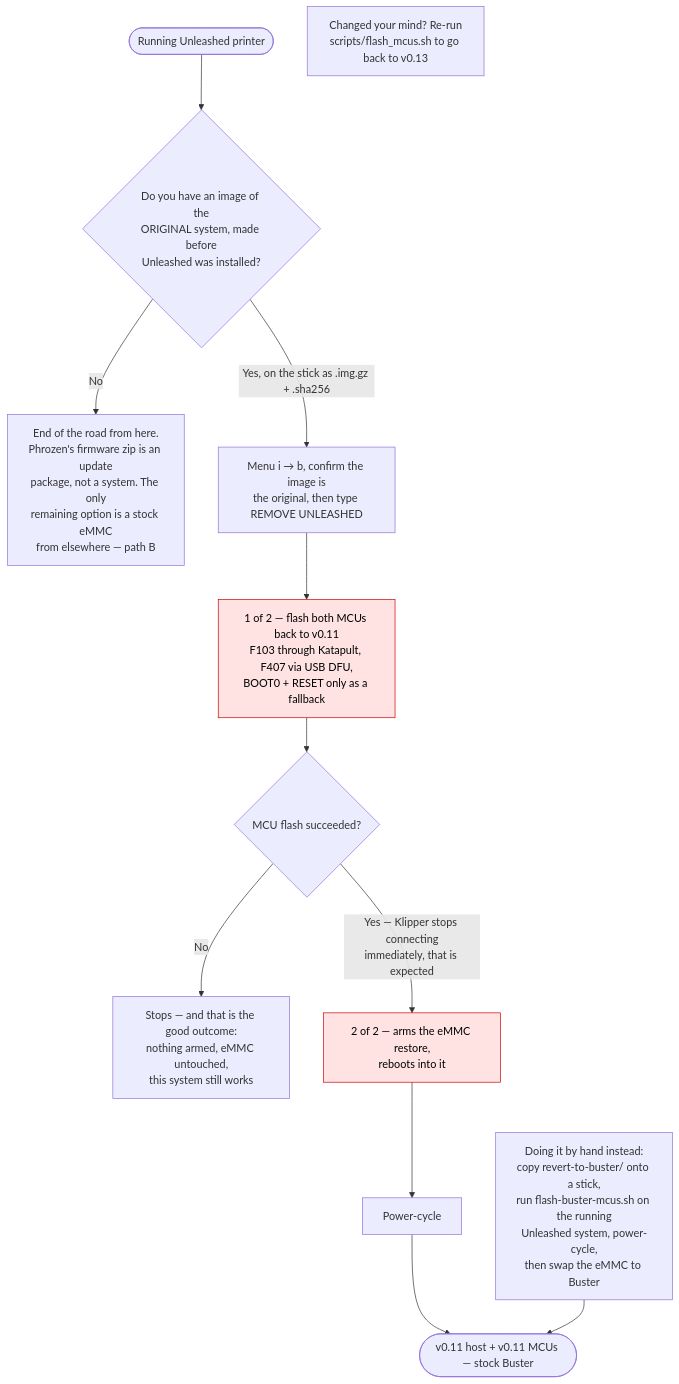
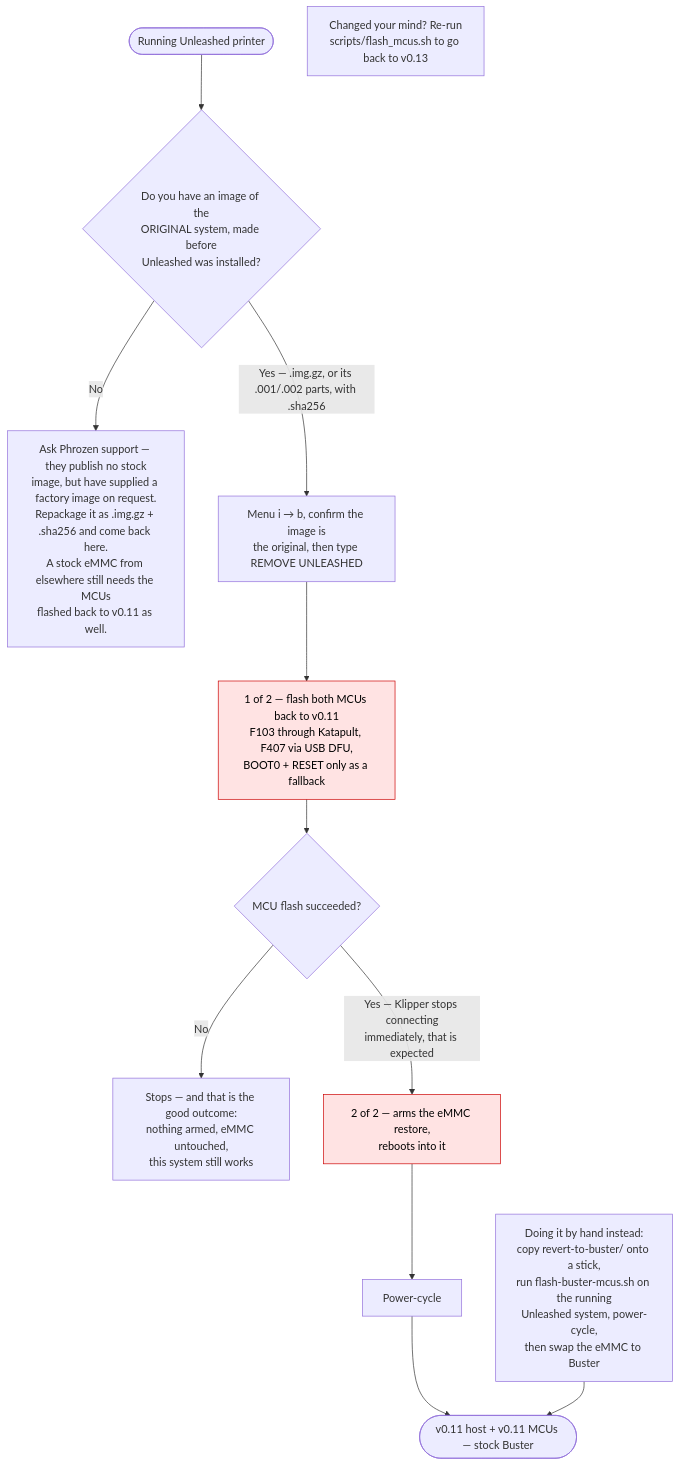
Diagram 14 of 16 in INSTALL-FLOWCHARTS.md (solutionphil/arco-unleashed), drawn with Mermaid before and after one commit. The commit also changed other lines of this file and 7 other files, not shown here.

````diff
--- a/INSTALL-FLOWCHARTS.md
+++ b/INSTALL-FLOWCHARTS.md
@@ -480,20 +483,20 @@
 ```mermaid
 flowchart TD
     D0(["Running Unleashed printer"]) --> D1{"Do you have an image of the<br/>ORIGINAL system, made before<br/>Unleashed was installed?"}
-    D1 -->|"No"| DX["End of the road from here.<br/>Phrozen's firmware zip is an update<br/>package, not a system. The only<br/>remaining option is a stock eMMC<br/>from elsewhere — path B"]
-    D1 -->|"Yes, on the stick as .img.gz + .sha256"| D2["Menu i → b, confirm the image is<br/>the original, then type REMOVE UNLEASHED"]
+    D1 -->|"No"| DX["Ask Phrozen support — they publish no stock<br/>image, but have supplied a factory image on request.<br/>Repackage it as .img.gz + .sha256 and come back here.<br/>A stock eMMC from elsewhere still needs the MCUs<br/>flashed back to v0.11 as well."]
+    D1 -->|"Yes — .img.gz, or its .001/.002 parts, with .sha256"| D2["Menu i → b, confirm the image is<br/>the original, then type REMOVE UNLEASHED"]
 
     D2 --> D3["1 of 2 — flash both MCUs back to v0.11<br/>F103 through Katapult, F407 via USB DFU,<br/>BOOT0 + RESET only as a fallback"]
     D3 --> D3C{"MCU flash succeeded?"}
     D3C -->|"No"| D3S["Stops — and that is the good outcome:<br/>nothing armed, eMMC untouched,<br/>this system still works"]
     D3C -->|"Yes — Klipper stops connecting<br/>immediately, that is expected"| D4["2 of 2 — arms the eMMC restore,<br/>reboots into it"]
     D4 --> D5["Power-cycle"]
     D5 --> D6(["v0.11 host + v0.11 MCUs — stock Buster"])
 
     ALT["Doing it by hand instead:<br/>copy revert-to-buster/ onto a stick,<br/>run flash-buster-mcus.sh on the running<br/>Unleashed system, power-cycle,<br/>then swap the eMMC to Buster"] --> D6
 
     BACK["Changed your mind? Re-run<br/>scripts/flash_mcus.sh to go back to v0.13"]
 
     classDef danger fill:#ffe3e3,stroke:#cc0000,color:#000
     class D3,D4 danger
 ```
````
